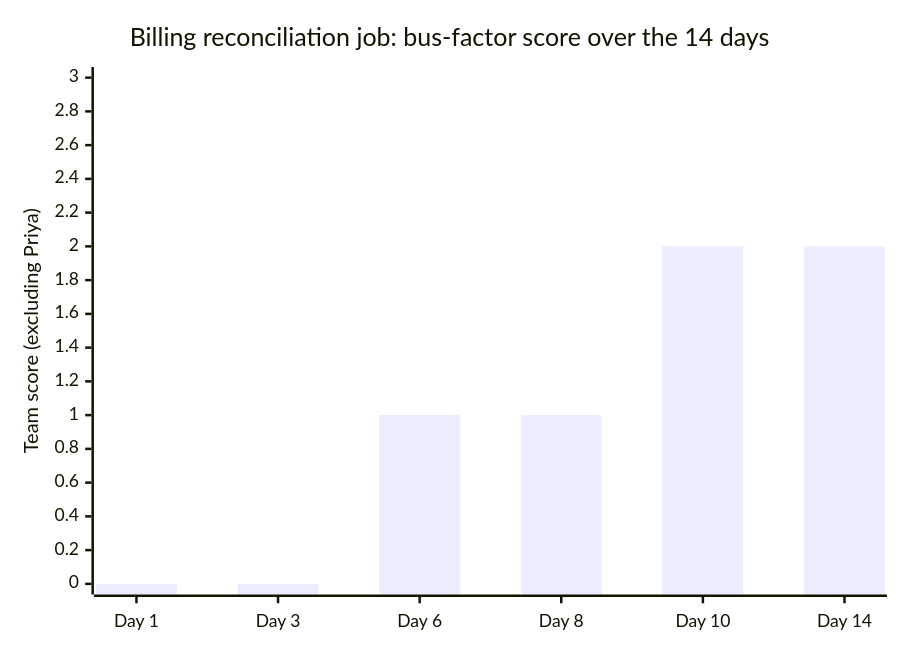
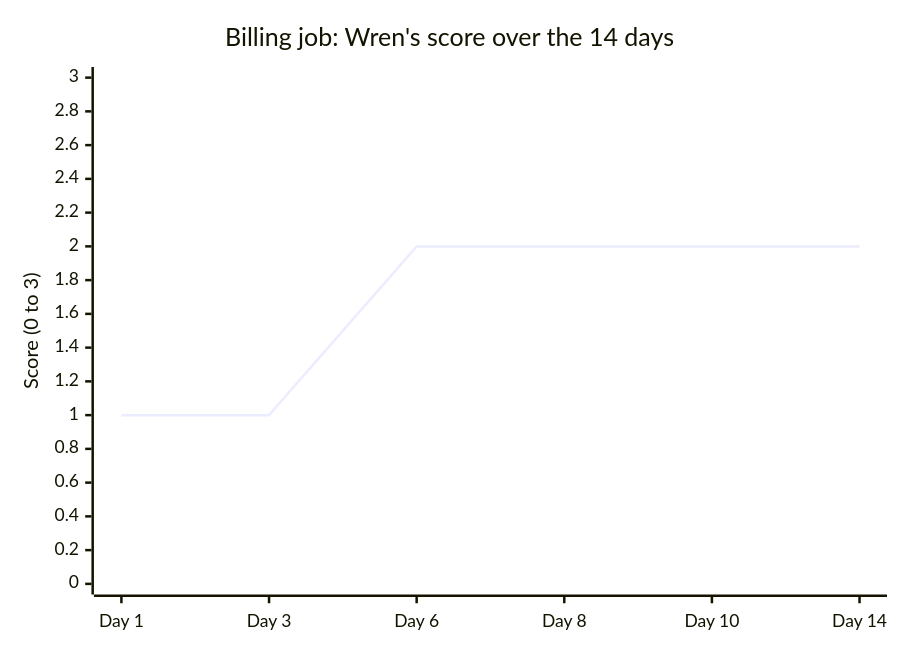
Before and after one commit to francoandreDev/knowledge: the diagram in src/content/people-management/bus-factor/L3-deep-dive.mdx, drawn with Mermaid. The commit also changed other lines of this file and 16 other files, not shown here.

First line of the commit message:
Migrate people-management closing units (termination-process, bus-factor, org-design, management-managers); all 246 units now on the three-tier exercise model

````diff
--- a/src/content/people-management/bus-factor/L3-deep-dive.mdx
+++ b/src/content/people-management/bus-factor/L3-deep-dive.mdx
@@ -121,7 +116,7 @@
 ```mermaid
 xychart-beta
-    title "Billing reconciliation job: bus-factor score over the 14 days"
+    title "Billing job: Wren's score over the 14 days"
     x-axis ["Day 1", "Day 3", "Day 6", "Day 8", "Day 10", "Day 14"]
-    y-axis "Team score (excluding Priya)" 0 --> 3
-    bar [0, 0, 1, 1, 2, 2]
+    y-axis "Score (0 to 3)" 0 --> 3
+    line [1, 1, 2, 2, 2, 2]
 ```
````
